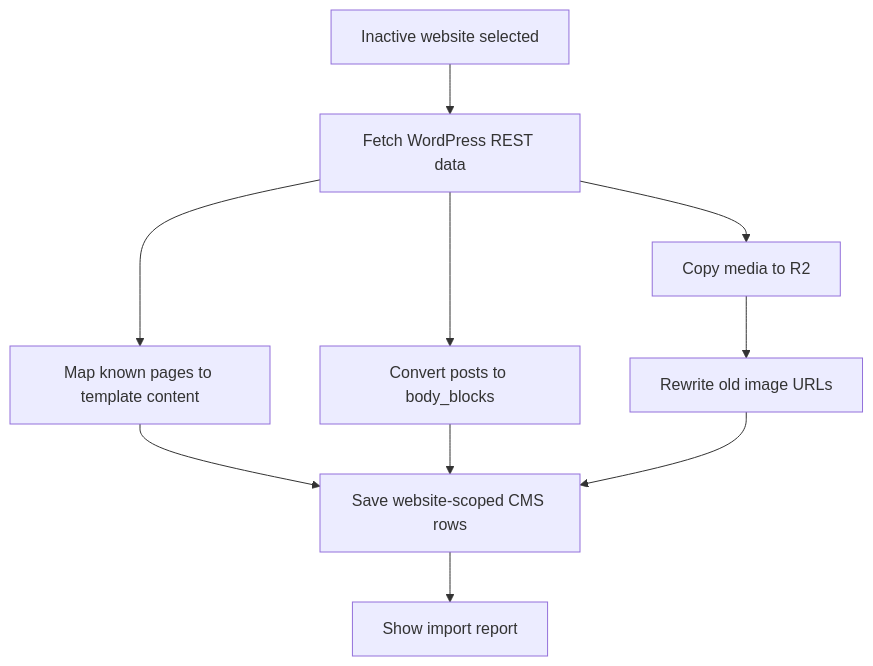
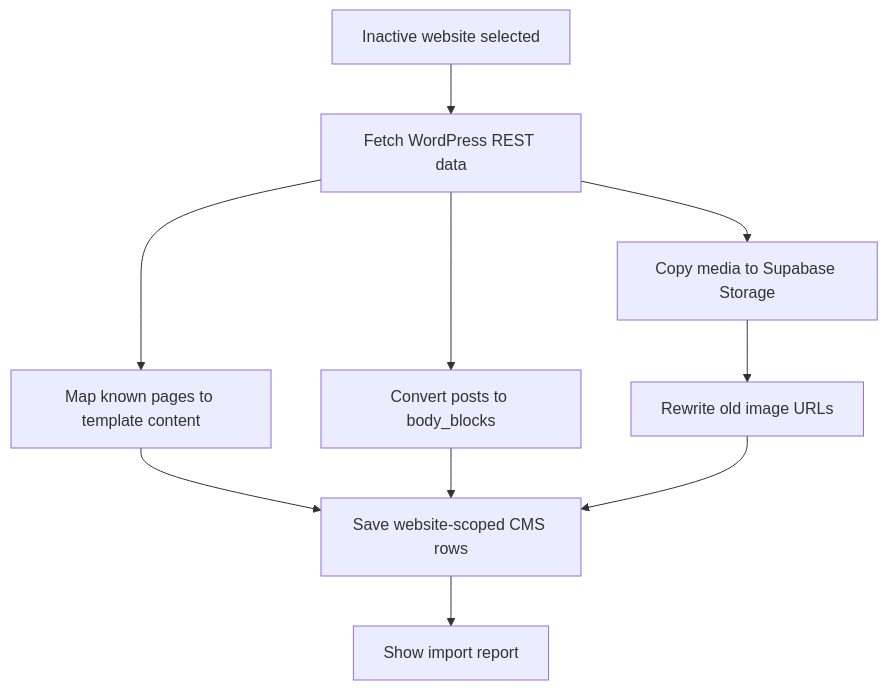
One commit to nisarhali2022/Admin-CMS changed the sixth of 6 diagrams in docs/ARCHITECTURE.md. Above: the diagram before and after it, drawn with Mermaid. The commit also changed other lines of this file and 78 other files, not shown here.

````diff
--- a/docs/ARCHITECTURE.md
+++ b/docs/ARCHITECTURE.md
@@ -158,12 +159,12 @@
 ```mermaid
 flowchart TD
   Start["Inactive website selected"] --> Fetch["Fetch WordPress REST data"]
   Fetch --> MapPages["Map known pages to template content"]
   Fetch --> MapPosts["Convert posts to body_blocks"]
-  Fetch --> Media["Copy media to R2"]
+  Fetch --> Media["Copy media to Supabase Storage"]
   Media --> Rewrite["Rewrite old image URLs"]
   MapPages --> Save["Save website-scoped CMS rows"]
   MapPosts --> Save
   Rewrite --> Save
   Save --> Report["Show import report"]
 ```
````
